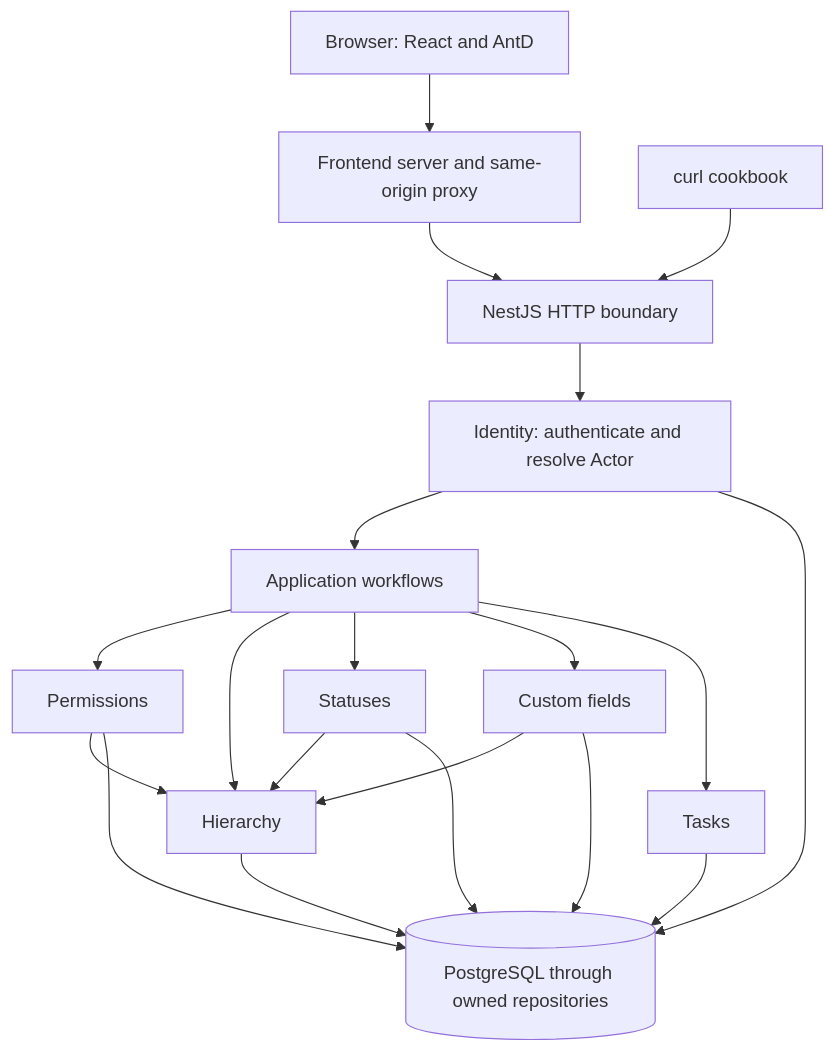
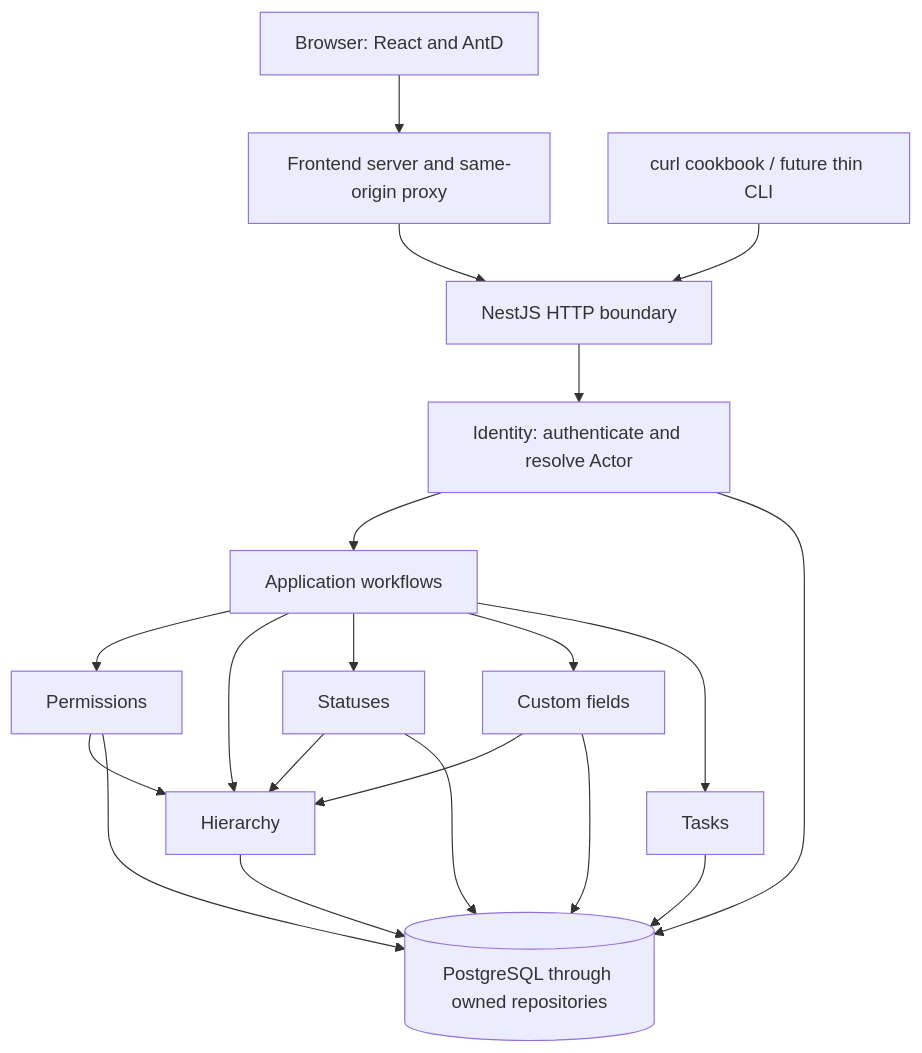
One commit to androizer/flowboard changed the diagram in docs/architecture.md. Above: the diagram before and after it, drawn with Mermaid. The commit also changed other lines of this file and 38 other files, not shown here.

````diff
--- a/docs/architecture.md
+++ b/docs/architecture.md
@@ -11,22 +11,22 @@
 ```mermaid
 flowchart TD
     Browser["Browser: React and AntD"] --> Proxy["Frontend server and same-origin proxy"]
     Proxy --> HTTP["NestJS HTTP boundary"]
-    Cookbook["curl cookbook"] --> HTTP
+    Cookbook["curl cookbook / future thin CLI"] --> HTTP
     HTTP --> Identity["Identity: authenticate and resolve Actor"]
     Identity --> Workflows["Application workflows"]
     Workflows --> Permissions["Permissions"]
     Workflows --> Hierarchy["Hierarchy"]
     Workflows --> Statuses["Statuses"]
     Workflows --> Fields["Custom fields"]
     Workflows --> Tasks["Tasks"]
     Permissions --> Hierarchy
     Statuses --> Hierarchy
     Fields --> Hierarchy
     Identity --> DB[("PostgreSQL through owned repositories")]
     Hierarchy --> DB
     Permissions --> DB
     Statuses --> DB
     Fields --> DB
     Tasks --> DB
 ```
````
